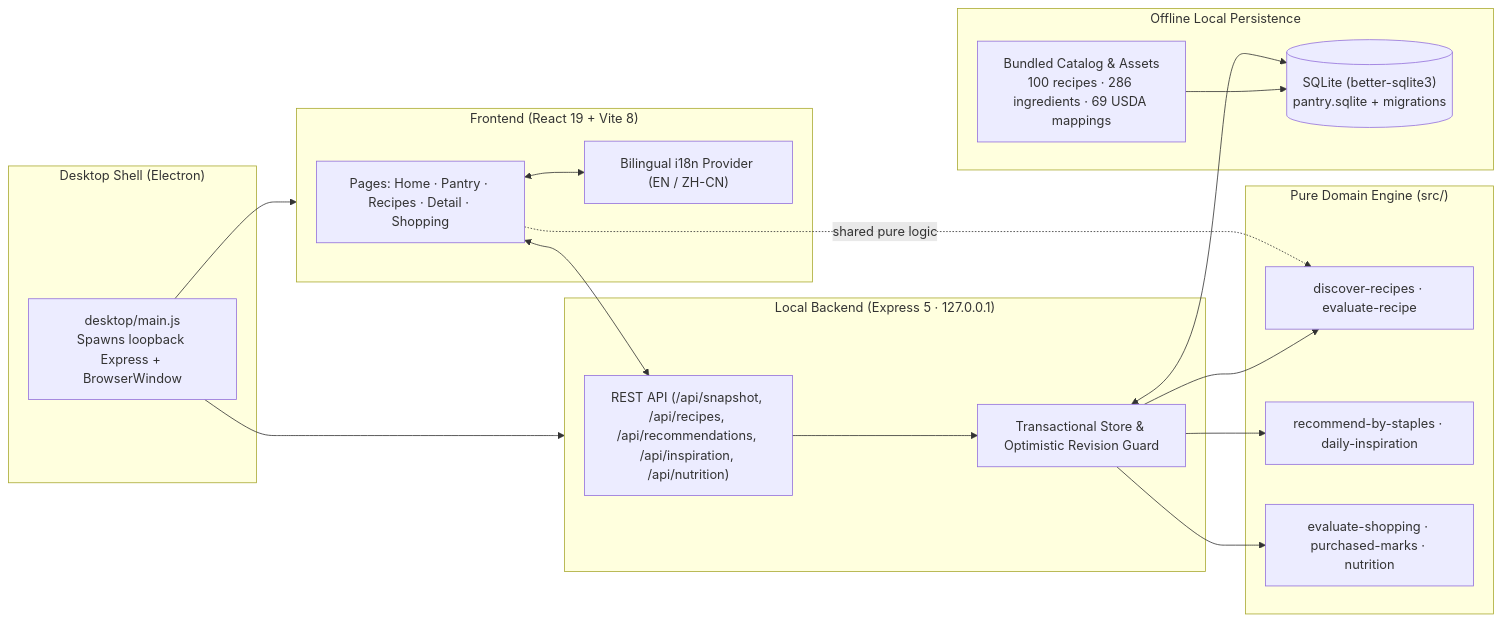
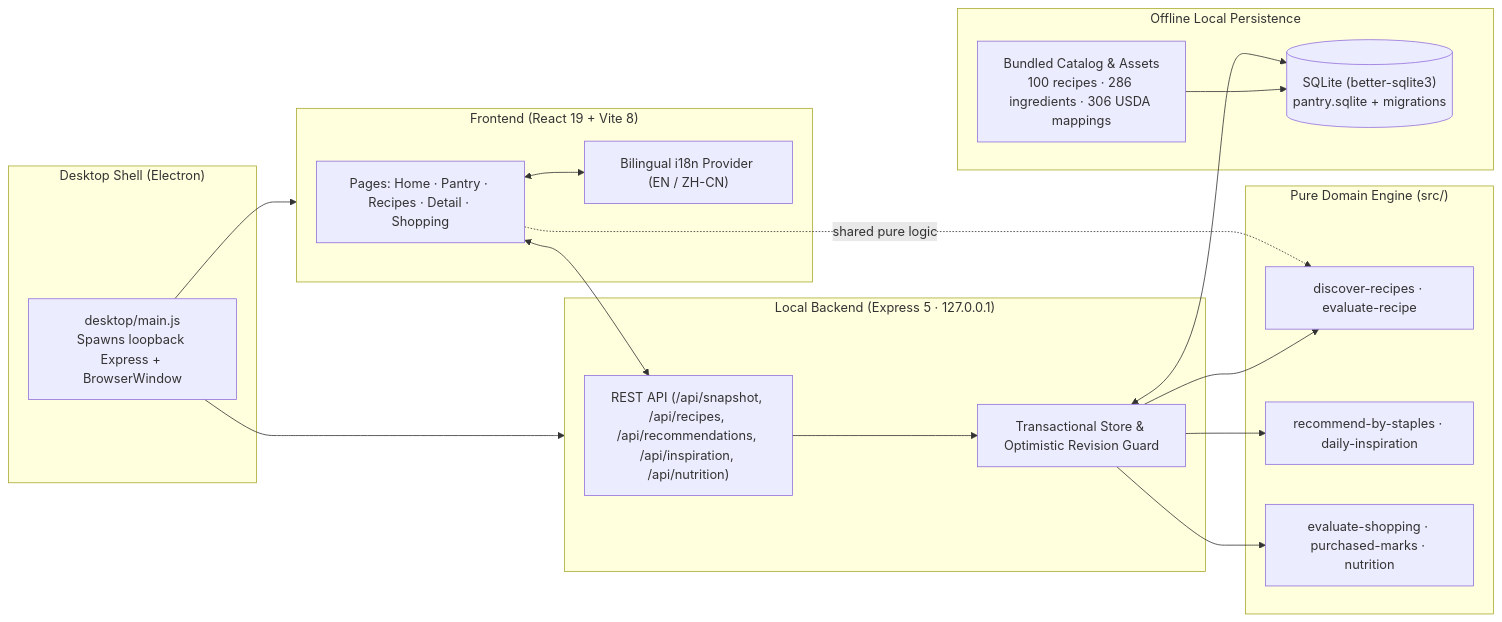
The diagram in README.md (kekepepe/Smart-Recipe-Pantry-Planner), drawn with Mermaid before and after one commit. The commit also changed other lines of this file and 9 other files, not shown here.

First line of the commit message:
feat(nutrition): complete verified USDA calorie coverage for all 100 recipes (100/100)

````diff
--- a/README.md
+++ b/README.md
@@ -175,39 +175,39 @@
 ```mermaid
 flowchart LR
     subgraph Client["Frontend (React 19 + Vite 8)"]
         UI["Pages: Home · Pantry · Recipes · Detail · Shopping"]
         I18N["Bilingual i18n Provider (EN / ZH-CN)"]
     end
 
     subgraph Domain["Pure Domain Engine (src/)"]
         D1["discover-recipes · evaluate-recipe"]
         D2["recommend-by-staples · daily-inspiration"]
         D3["evaluate-shopping · purchased-marks · nutrition"]
     end
 
     subgraph Server["Local Backend (Express 5 · 127.0.0.1)"]
         API["REST API (/api/snapshot, /api/recipes, /api/recommendations, /api/inspiration, /api/nutrition)"]
         STORE["Transactional Store & Optimistic Revision Guard"]
     end
 
     subgraph Storage["Offline Local Persistence"]
         DB[("SQLite (better-sqlite3)\npantry.sqlite + migrations")]
-        CAT["Bundled Catalog & Assets\n100 recipes · 286 ingredients · 69 USDA mappings"]
+        CAT["Bundled Catalog & Assets\n100 recipes · 286 ingredients · 306 USDA mappings"]
     end
 
     subgraph Desktop["Desktop Shell (Electron)"]
         EL["desktop/main.js\nSpawns loopback Express + BrowserWindow"]
     end
 
     UI <--> I18N
     UI <--> API
     UI -.shared pure logic.-> D1
     API --> STORE
     STORE --> D1
     STORE --> D2
     STORE --> D3
     STORE <--> DB
     CAT --> DB
     EL --> Server
     EL --> Client
 ```
````
